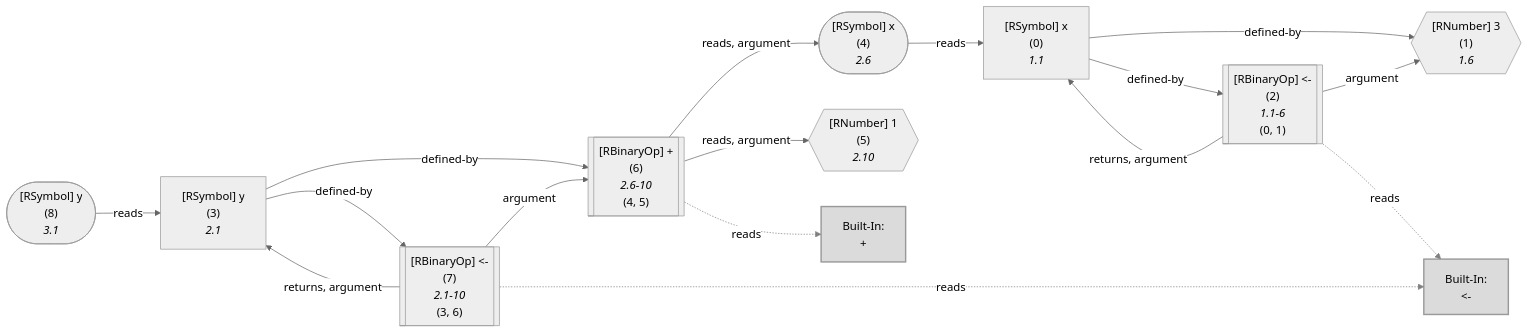
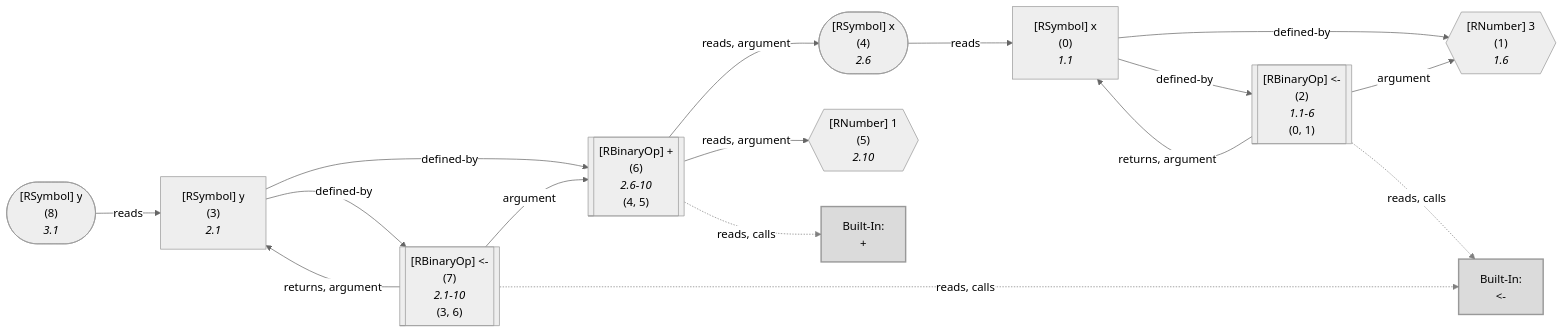
The first of 51 diagrams in wiki/Dataflow Graph.md (flowr-analysis/flowr), drawn with Mermaid (neutral theme) before and after one commit. The commit also changed other lines of this file and 8 other files, not shown here.

Commit message:
[skip ci] doc: update generated wiki pages (wiki/Capabilities,wiki/Dataflow Graph,wiki/Query API,wiki/Search API,wiki/Engines,wiki/Interface,wiki/Control Flow Graph,wiki/Core,README)

````diff
--- a/wiki/Dataflow Graph.md
+++ b/wiki/Dataflow Graph.md
@@ -34,57 +34,57 @@
 ```mermaid
 flowchart LR
     1{{"`#91;RNumber#93; 3
       (1)
       *1.6*`"}}
     0["`#91;RSymbol#93; x
       (0)
       *1.1*`"]
     2[["`#91;RBinaryOp#93; #60;#45;
       (2)
       *1.1-6*
     (0, 1)`"]]
     built-in:_-["`Built-In:
 #60;#45;`"]
     style built-in:_- stroke:gray,fill:lightgray,stroke-width:2px,opacity:.8;
     4(["`#91;RSymbol#93; x
       (4)
       *2.6*`"])
     5{{"`#91;RNumber#93; 1
       (5)
       *2.10*`"}}
     6[["`#91;RBinaryOp#93; #43;
       (6)
       *2.6-10*
     (4, 5)`"]]
     built-in:_["`Built-In:
 #43;`"]
     style built-in:_ stroke:gray,fill:lightgray,stroke-width:2px,opacity:.8;
     3["`#91;RSymbol#93; y
       (3)
       *2.1*`"]
     7[["`#91;RBinaryOp#93; #60;#45;
       (7)
       *2.1-10*
     (3, 6)`"]]
     8(["`#91;RSymbol#93; y
       (8)
       *3.1*`"])
     0 -->|"defined-by"| 1
     0 -->|"defined-by"| 2
     2 -->|"argument"| 1
     2 -->|"returns, argument"| 0
-    2 -.->|"reads"| built-in:_-
+    2 -.->|"reads, calls"| built-in:_-
     linkStyle 4 stroke:gray;
     4 -->|"reads"| 0
     6 -->|"reads, argument"| 4
     6 -->|"reads, argument"| 5
-    6 -.->|"reads"| built-in:_
+    6 -.->|"reads, calls"| built-in:_
     linkStyle 8 stroke:gray;
     3 -->|"defined-by"| 6
     3 -->|"defined-by"| 7
     7 -->|"argument"| 6
     7 -->|"returns, argument"| 3
-    7 -.->|"reads"| built-in:_-
+    7 -.->|"reads, calls"| built-in:_-
     linkStyle 13 stroke:gray;
     8 -->|"reads"| 3
 ```
````
